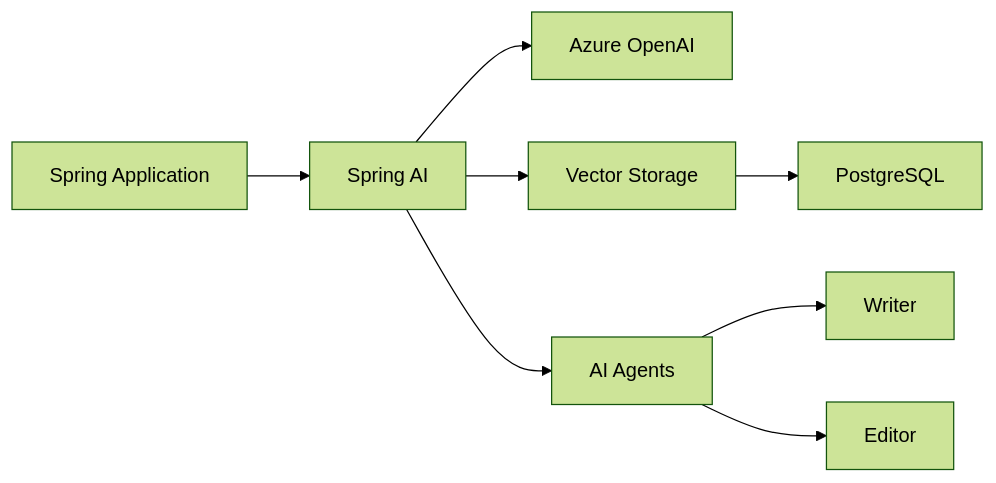
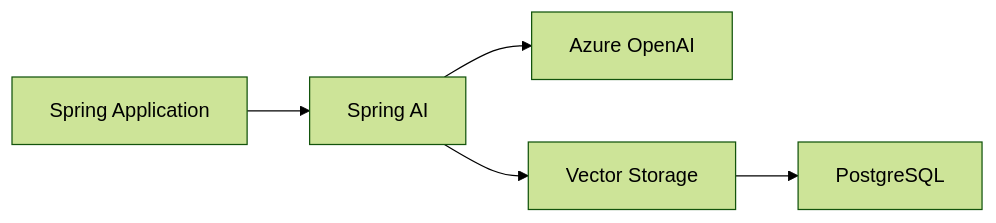
Before and after one commit to MicrosoftDocs/learn: the diagram in learn-pr/azure/build-intelligent-spring-apps-using-ai/includes/1-introduction.md, drawn with Mermaid (forest theme). The commit also changed other lines of this file and 7 other files, not shown here.

````diff
--- a/learn-pr/azure/build-intelligent-spring-apps-using-ai/includes/1-introduction.md
+++ b/learn-pr/azure/build-intelligent-spring-apps-using-ai/includes/1-introduction.md
@@ -18,10 +13,7 @@
 ```mermaid
 graph LR
     A[Spring Application] --> B[Spring AI]
     B --> C[Azure OpenAI]
     B --> D[Vector Storage]
     D --> E[PostgreSQL]
-    B --> F[AI Agents]
-    F --> G[Writer]
-    F --> H[Editor]
 ```
````
